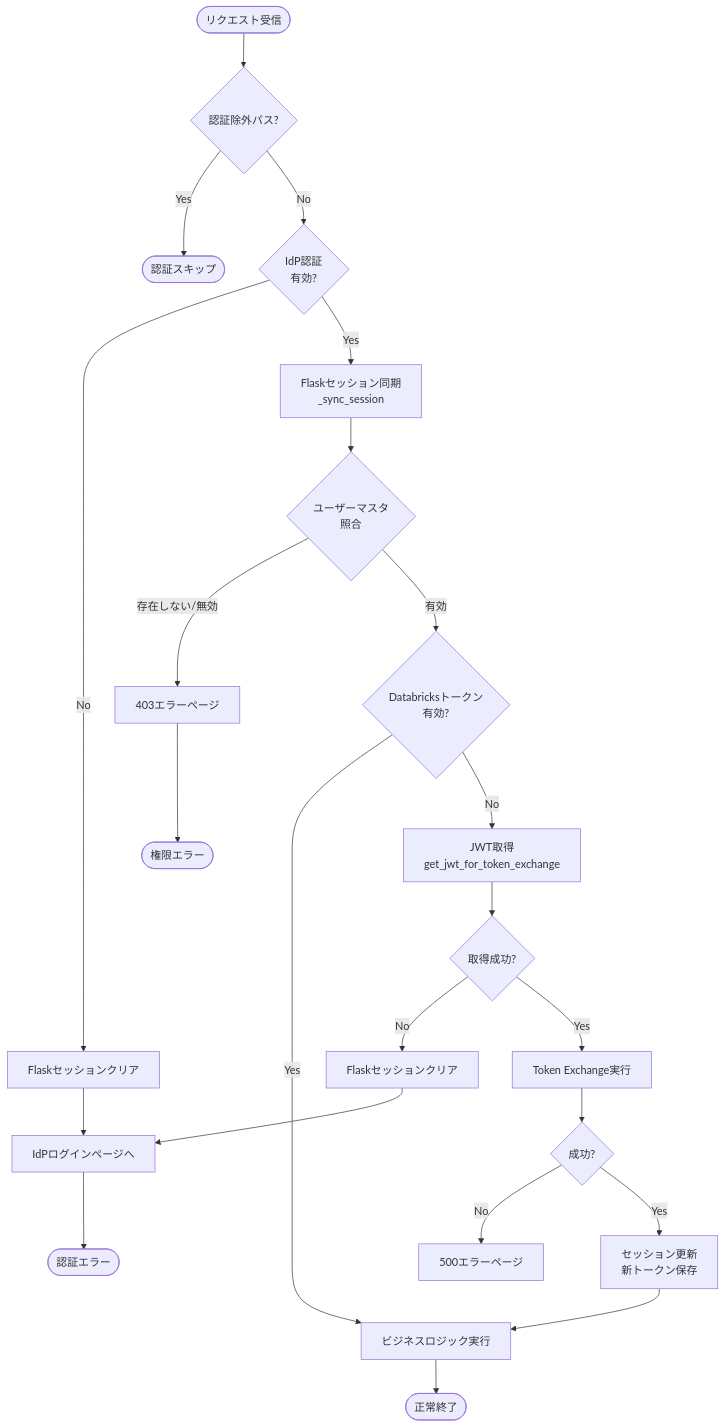
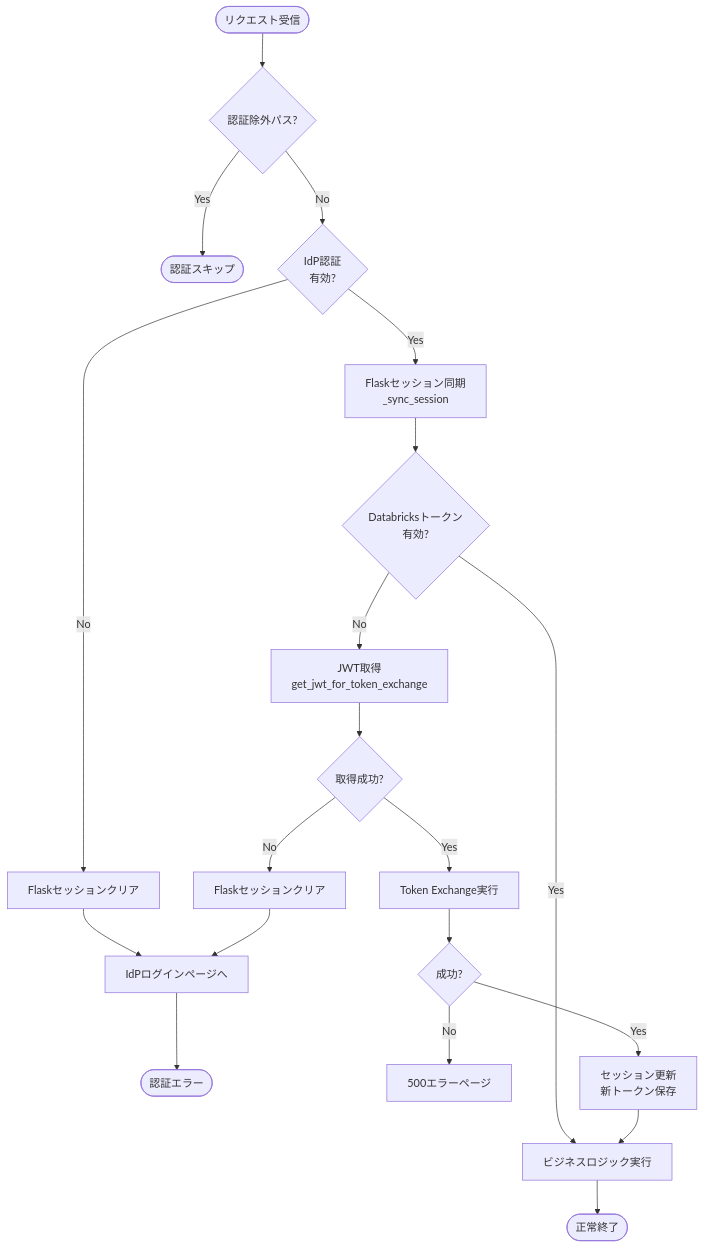
The first of 4 diagrams in docs/03-features/common/authentication-specification.md (NSW-SVCP-AIWG002/Databricks-IoT), drawn with Mermaid before and after one commit. The commit also changed other lines of this file and 1 other file, not shown here.

Commit message:
認証設計レビュー指摘事項修正＋ユーザー管理追加指摘 095: OLTP.user_masterへのデータ操作明記修正

````diff
--- a/docs/03-features/common/authentication-specification.md
+++ b/docs/03-features/common/authentication-specification.md
@@ -215,37 +217,32 @@
 ```mermaid
 flowchart TD
     Start([リクエスト受信]) --> CheckExcluded{認証除外パス?}
 
     CheckExcluded -->|Yes| End0([認証スキップ])
 
     CheckExcluded -->|No| CheckIdP{IdP認証<br>有効?}
 
     CheckIdP -->|No| ClearSession1[Flaskセッションクリア]
     ClearSession1 --> RedirectLogin[IdPログインページへ]
     RedirectLogin --> End1([認証エラー])
 
     CheckIdP -->|Yes| SyncSession[Flaskセッション同期<br>_sync_session]
-    SyncSession --> CheckUser{ユーザーマスタ<br>照合}
-
-    CheckUser -->|存在しない/無効| Error403[403エラーページ]
-    Error403 --> End2([権限エラー])
-
-    CheckUser -->|有効| CheckDBToken{Databricksトークン<br>有効?}
+    SyncSession --> CheckDBToken{Databricksトークン<br>有効?}
 
     CheckDBToken -->|Yes| Execute[ビジネスロジック実行]
     Execute --> End3([正常終了])
 
     CheckDBToken -->|No| GetJWT[JWT取得<br>get_jwt_for_token_exchange]
 
     GetJWT --> CheckJWT{取得成功?}
 
     CheckJWT -->|No| ClearSession2[Flaskセッションクリア]
     ClearSession2 --> RedirectLogin
 
     CheckJWT -->|Yes| TokenExchange[Token Exchange実行]
 
     TokenExchange --> CheckTE{成功?}
     CheckTE -->|No| Error500[500エラーページ]
     CheckTE -->|Yes| UpdateSession[セッション更新<br>新トークン保存]
     UpdateSession --> Execute
 ```
````
